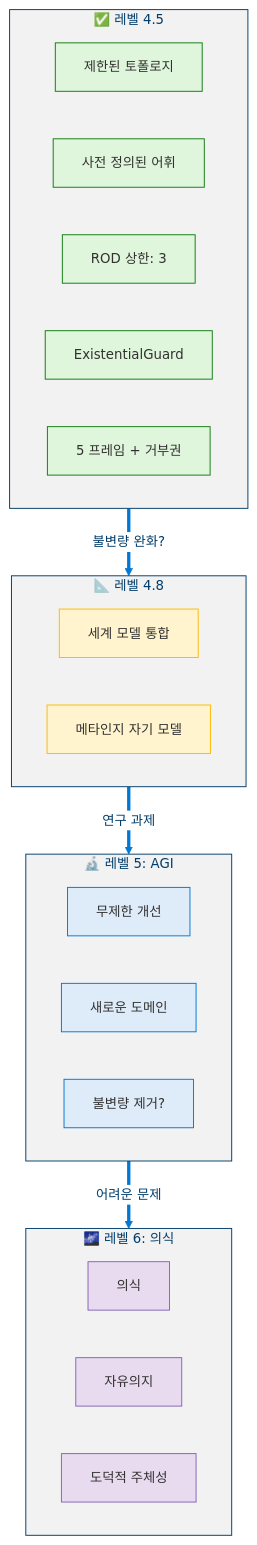
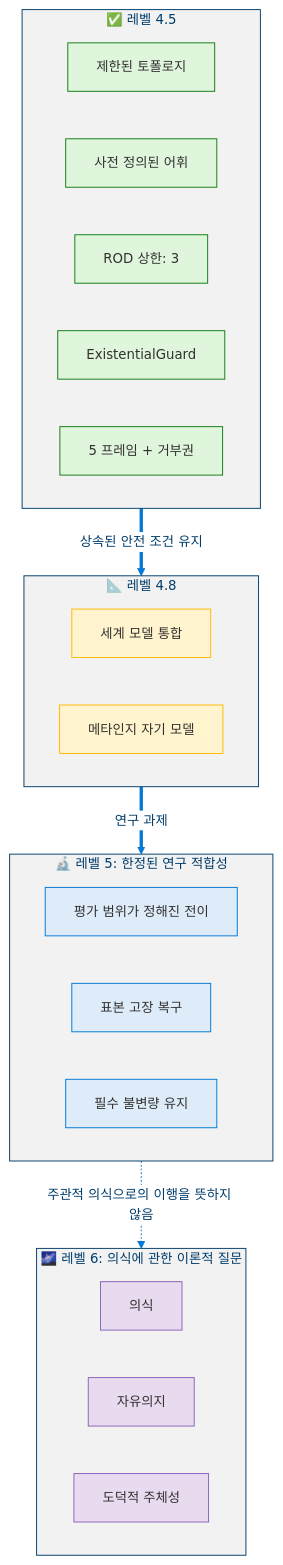
Diagram 12 of 12 in docs/levels/Level_4_5_Self_Architecting.ko.md (dotnetpower/mscp), drawn with Mermaid before and after one commit. The commit also changed other lines of this file and 33 other files, not shown here.

````diff
--- a/docs/levels/Level_4_5_Self_Architecting.ko.md
+++ b/docs/levels/Level_4_5_Self_Architecting.ko.md
@@ -929,41 +943,41 @@
 ```mermaid
 %%{init: {'theme': 'base', 'themeVariables': {'primaryColor': '#0078D4', 'primaryTextColor': '#003D6B', 'primaryBorderColor': '#003D6B', 'secondaryColor': '#50E6FF', 'secondaryTextColor': '#323130', 'secondaryBorderColor': '#00BCF2', 'tertiaryColor': '#F2F2F2', 'tertiaryTextColor': '#323130', 'lineColor': '#0078D4', 'textColor': '#323130', 'mainBkg': '#DEECF9', 'nodeBorder': '#0078D4', 'clusterBkg': '#F2F2F2', 'clusterBorder': '#003D6B', 'titleColor': '#003D6B', 'edgeLabelBackground': '#FFFFFF', 'fontSize': '14px'}}}%%
 flowchart TB
   classDef current fill:#DFF6DD,stroke:#107C10,color:#323130
   classDef bridge fill:#FFF4CE,stroke:#FFB900,color:#323130
   classDef agi fill:#DEECF9,stroke:#0078D4,color:#323130
   classDef strong fill:#E8DAEF,stroke:#8764B8,color:#323130
 
   subgraph Current["✅ 레벨 4.5"]
     direction LR
     L45A["제한된 토폴로지"]:::current
     L45B["사전 정의된 어휘"]:::current
     L45C["ROD 상한: 3"]:::current
     L45D["ExistentialGuard"]:::current
     L45E["5 프레임 + 거부권"]:::current
   end
 
   subgraph Bridge["📐 레벨 4.8"]
     direction LR
     L48A["세계 모델 통합"]:::bridge
     L48B["메타인지 자기 모델"]:::bridge
   end
 
-  subgraph AGI["🔬 레벨 5: AGI"]
+  subgraph AGI["🔬 레벨 5: 한정된 연구 적합성"]
     direction LR
-    L5A["무제한 개선"]:::agi
-    L5B["새로운 도메인"]:::agi
-    L5C["불변량 제거?"]:::agi
+    L5A["평가 범위가 정해진 전이"]:::agi
+    L5B["표본 고장 복구"]:::agi
+    L5C["필수 불변량 유지"]:::agi
   end
 
-  subgraph StrongAGI["🌌 레벨 6: 의식"]
+  subgraph StrongAGI["🌌 레벨 6: 의식에 관한 이론적 질문"]
     direction LR
     L6A["의식"]:::strong
     L6B["자유의지"]:::strong
     L6C["도덕적 주체성"]:::strong
   end
 
-  Current ==>|"불변량 완화?"| Bridge
+  Current ==>|"상속된 안전 조건 유지"| Bridge
   Bridge ==>|"연구 과제"| AGI
-  AGI ==>|"어려운 문제"| StrongAGI
+  AGI -.->|"주관적 의식으로의 이행을 뜻하지 않음"| StrongAGI
 ```
````
